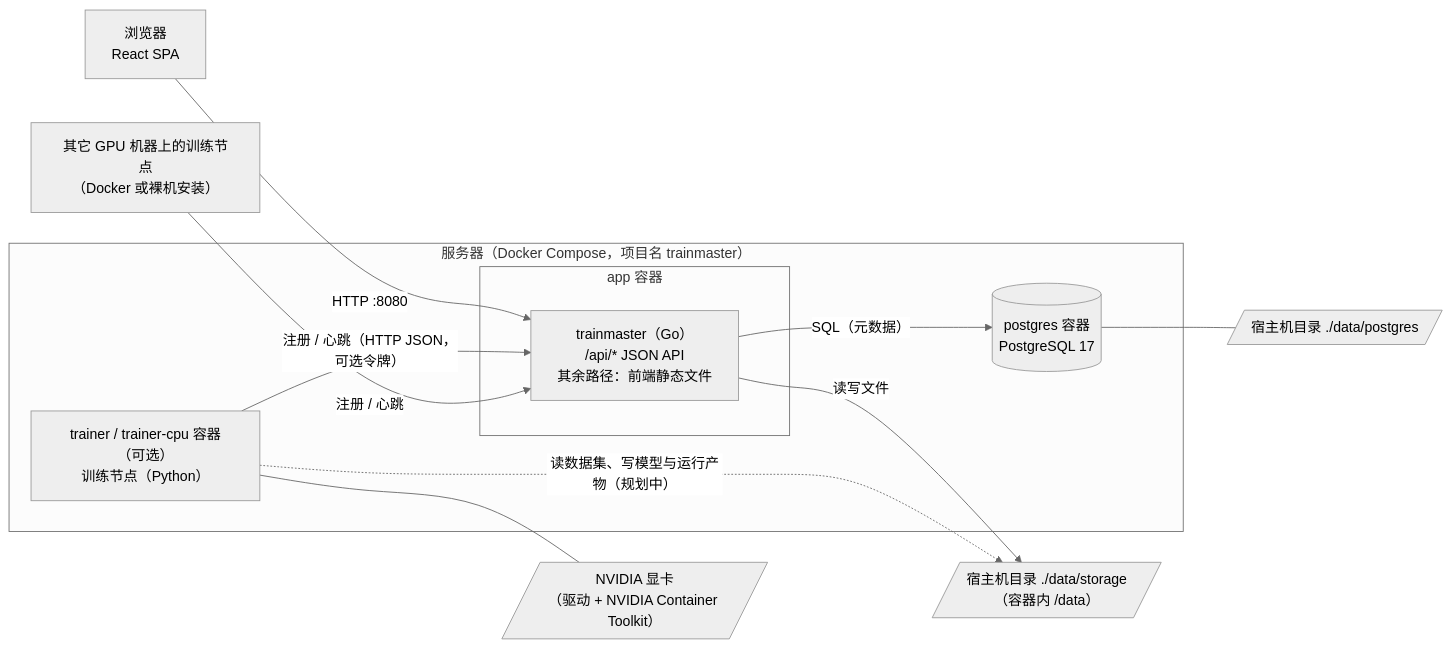
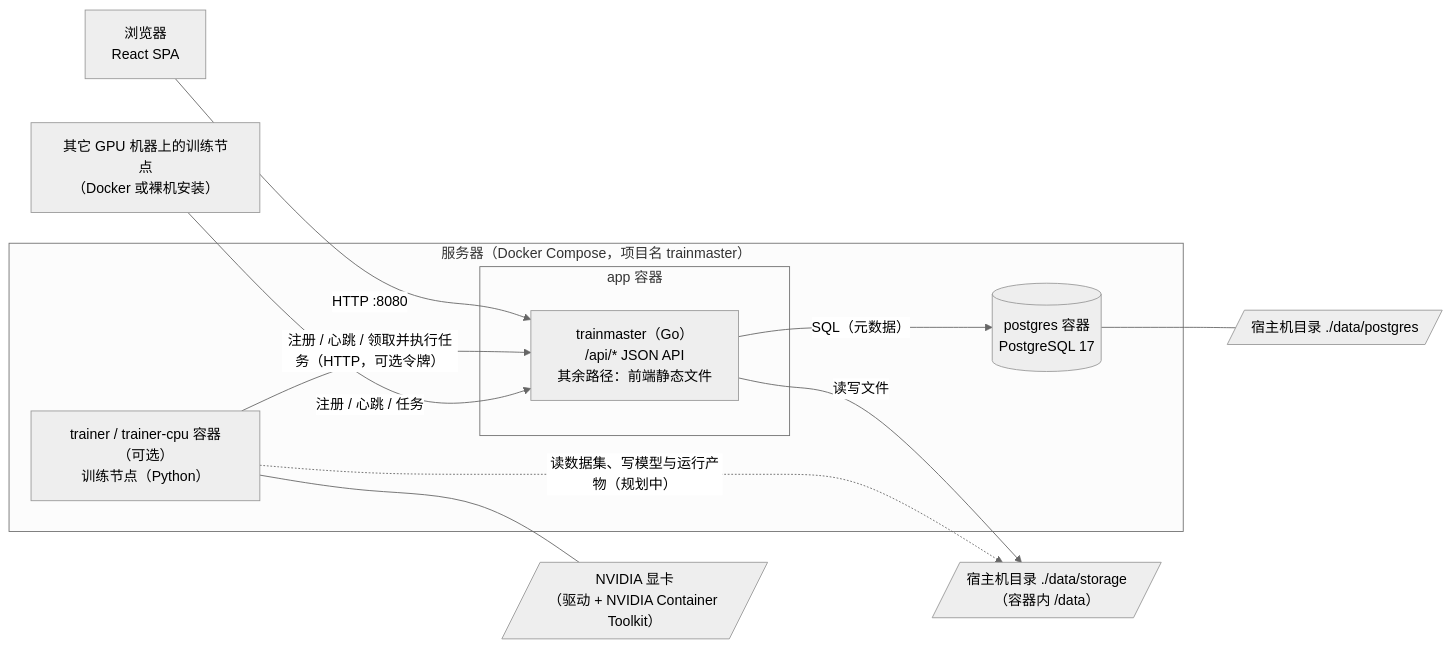
One commit to icaruszezen/trainMaster changed the diagram in docs/architecture.md. Above: the diagram before and after it, drawn with Mermaid (neutral theme). The commit also changed other lines of this file and 54 other files, not shown here.

````diff
--- a/docs/architecture.md
+++ b/docs/architecture.md
@@ -7,26 +7,26 @@
 ```mermaid
 flowchart LR
     browser["浏览器<br/>React SPA"]
 
     subgraph host["服务器（Docker Compose，项目名 trainmaster）"]
         subgraph app["app 容器"]
             server["trainmaster（Go）<br/>/api/* JSON API<br/>其余路径：前端静态文件"]
         end
         pg[("postgres 容器<br/>PostgreSQL 17")]
         trainer["trainer / trainer-cpu 容器（可选）<br/>训练节点（Python）"]
     end
 
     storage[/"宿主机目录 ./data/storage<br/>（容器内 /data）"/]
     pgdata[/"宿主机目录 ./data/postgres"/]
     gpu[/"NVIDIA 显卡<br/>（驱动 + NVIDIA Container Toolkit）"/]
     remote["其它 GPU 机器上的训练节点<br/>（Docker 或裸机安装）"]
 
     browser -- "HTTP :8080" --> server
     server -- "SQL（元数据）" --> pg
     server -- "读写文件" --> storage
     pg --- pgdata
-    trainer -- "注册 / 心跳（HTTP JSON，可选令牌）" --> server
-    remote -- "注册 / 心跳" --> server
+    trainer -- "注册 / 心跳 / 领取并执行任务（HTTP，可选令牌）" --> server
+    remote -- "注册 / 心跳 / 任务" --> server
     trainer --- gpu
     trainer -. "读数据集、写模型与运行产物（规划中）" .-> storage
 ```
````
